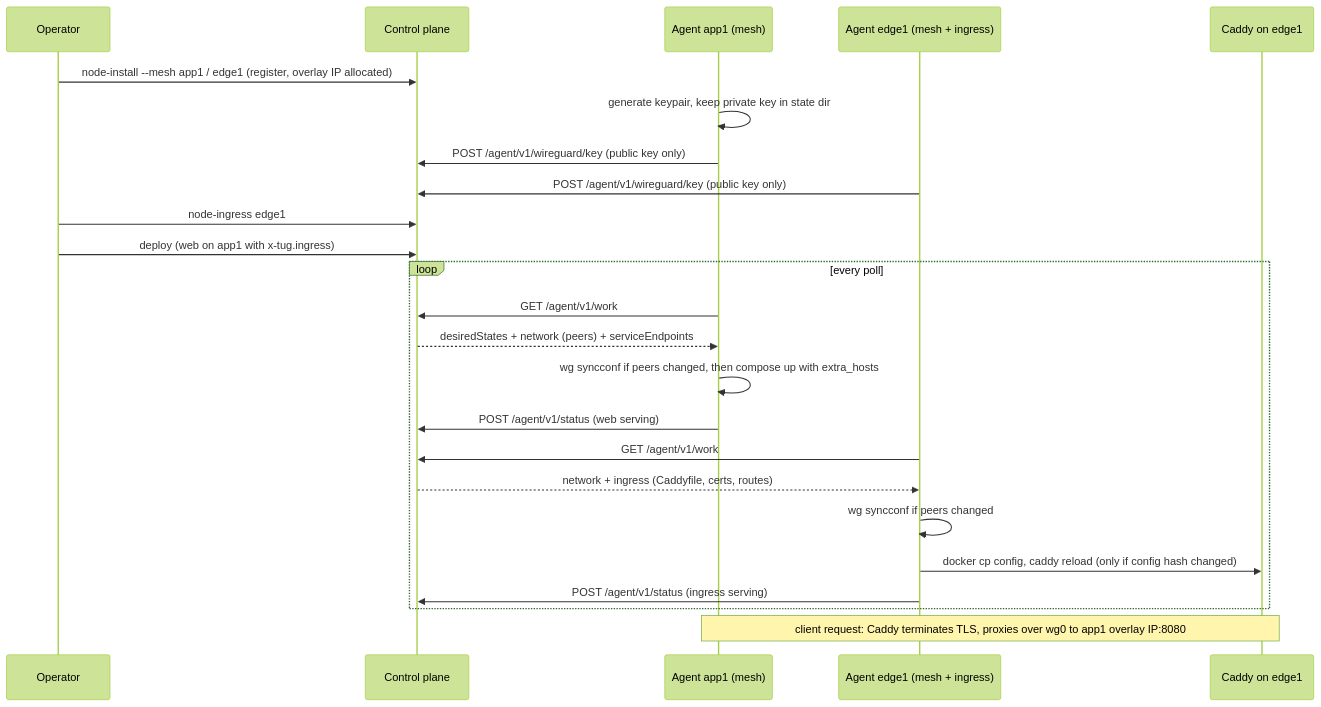
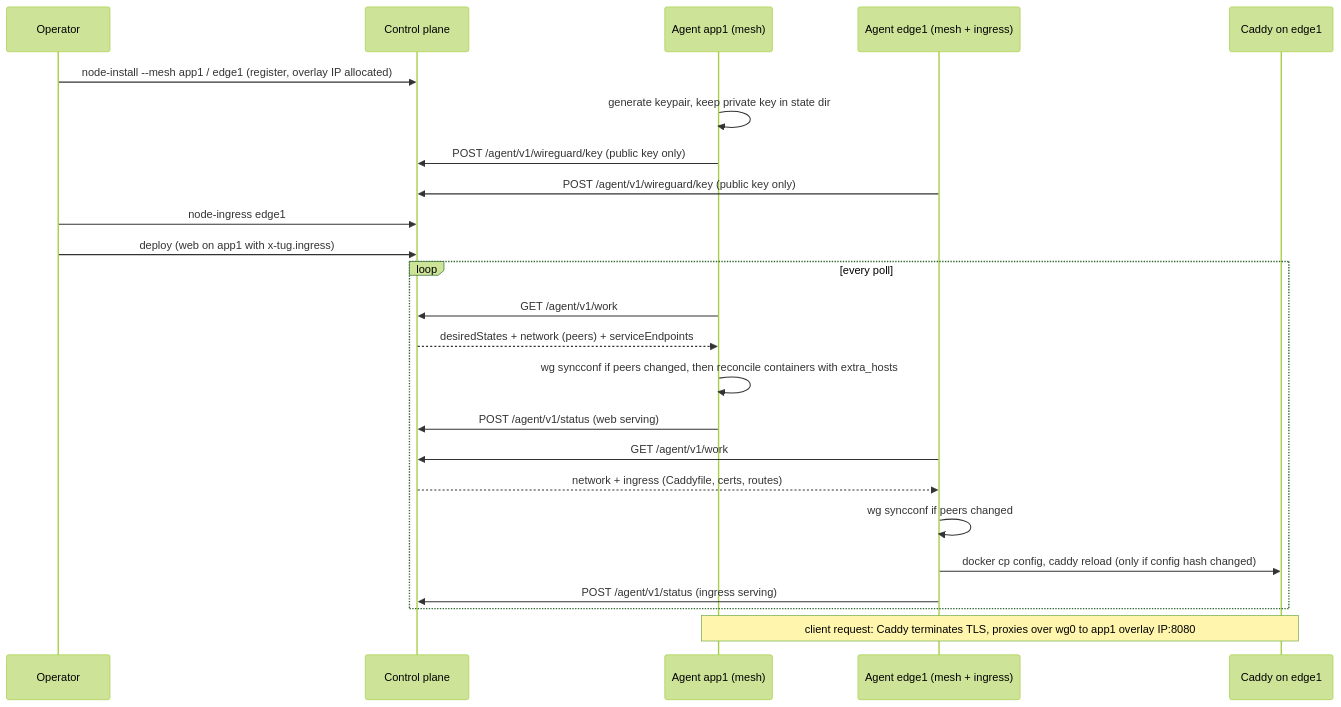
One commit to wpelevator/tug changed the diagram in docs/networking.md. Above: the diagram before and after it, drawn with Mermaid (forest theme). The commit also changed other lines of this file and 119 other files, not shown here.

````diff
--- a/docs/networking.md
+++ b/docs/networking.md
@@ -141,27 +141,27 @@
 ```mermaid
 sequenceDiagram
     participant Op as Operator
     participant Ctrl as Control plane
     participant A as Agent app1 (mesh)
     participant E as Agent edge1 (mesh + ingress)
     participant Caddy as Caddy on edge1
 
     Op->>Ctrl: node-install --mesh app1 / edge1 (register, overlay IP allocated)
     A->>A: generate keypair, keep private key in state dir
     A->>Ctrl: POST /agent/v1/wireguard/key (public key only)
     E->>Ctrl: POST /agent/v1/wireguard/key (public key only)
     Op->>Ctrl: node-ingress edge1
     Op->>Ctrl: deploy (web on app1 with x-tug.ingress)
     loop every poll
         A->>Ctrl: GET /agent/v1/work
         Ctrl-->>A: desiredStates + network (peers) + serviceEndpoints
-        A->>A: wg syncconf if peers changed, then compose up with extra_hosts
+        A->>A: wg syncconf if peers changed, then reconcile containers with extra_hosts
         A->>Ctrl: POST /agent/v1/status (web serving)
         E->>Ctrl: GET /agent/v1/work
         Ctrl-->>E: network + ingress (Caddyfile, certs, routes)
         E->>E: wg syncconf if peers changed
         E->>Caddy: docker cp config, caddy reload (only if config hash changed)
         E->>Ctrl: POST /agent/v1/status (ingress serving)
     end
     Note over Caddy,A: client request: Caddy terminates TLS, proxies over wg0 to app1 overlay IP:8080
 ```
````
